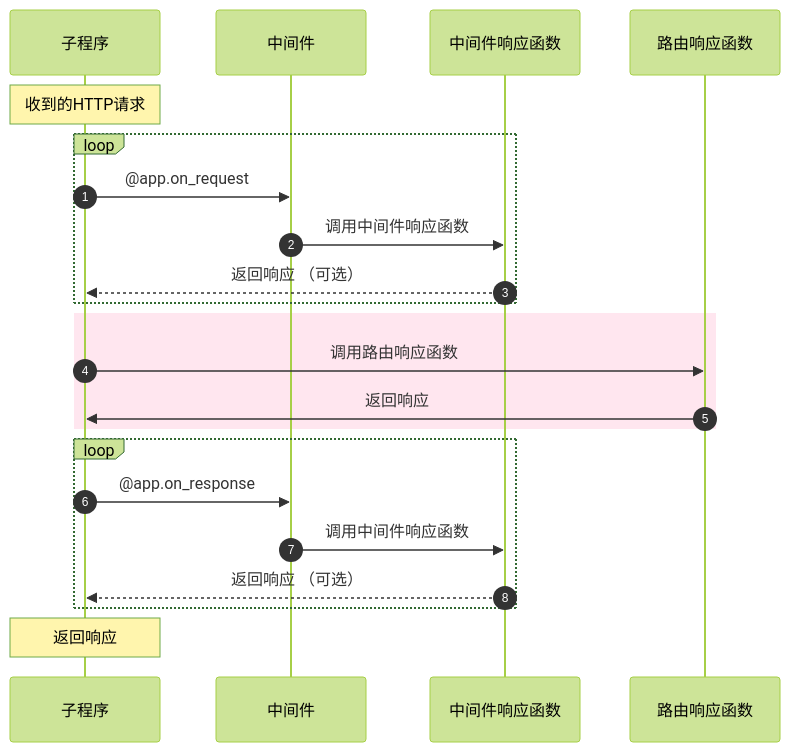
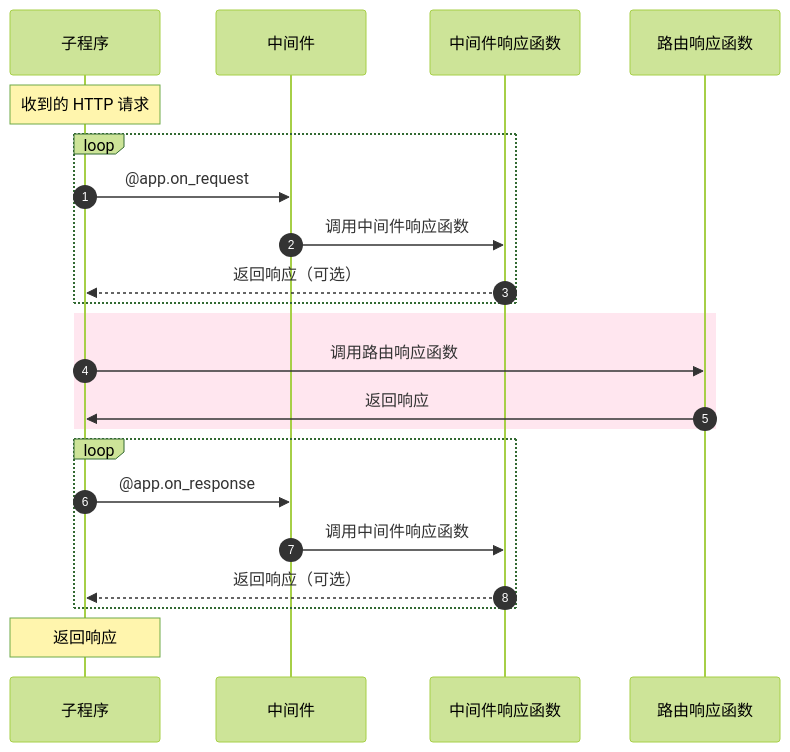
Before and after one commit to sanic-org/sanic-guide: the diagram in src/zh/guide/basics/middleware.md, drawn with Mermaid (forest theme). The commit also changed other lines of this file and 11 other files, not shown here.

````diff
--- a/src/zh/guide/basics/middleware.md
+++ b/src/zh/guide/basics/middleware.md
@@ -7,24 +7,24 @@
 ```mermaid
 sequenceDiagram
 autonumber
 participant 子程序
 participant 中间件
 participant 中间件响应函数
 participant 路由响应函数
-Note over 子程序: 收到的HTTP请求
+Note over 子程序: 收到的 HTTP 请求
 loop
     子程序->>中间件: @app.on_request
     中间件->>中间件响应函数: 调用中间件响应函数
-    中间件响应函数-->>子程序: 返回响应 （可选）
+    中间件响应函数-->>子程序: 返回响应（可选）
 end
 rect rgba(255, 13, 104, .1)
 子程序->>路由响应函数: 调用路由响应函数
 路由响应函数->>子程序: 返回响应
 end
 loop
     子程序->>中间件: @app.on_response
     中间件->>中间件响应函数: 调用中间件响应函数
-    中间件响应函数-->>子程序: 返回响应 （可选）
+    中间件响应函数-->>子程序: 返回响应（可选）
 end
 Note over 子程序: 返回响应
 ```
````
